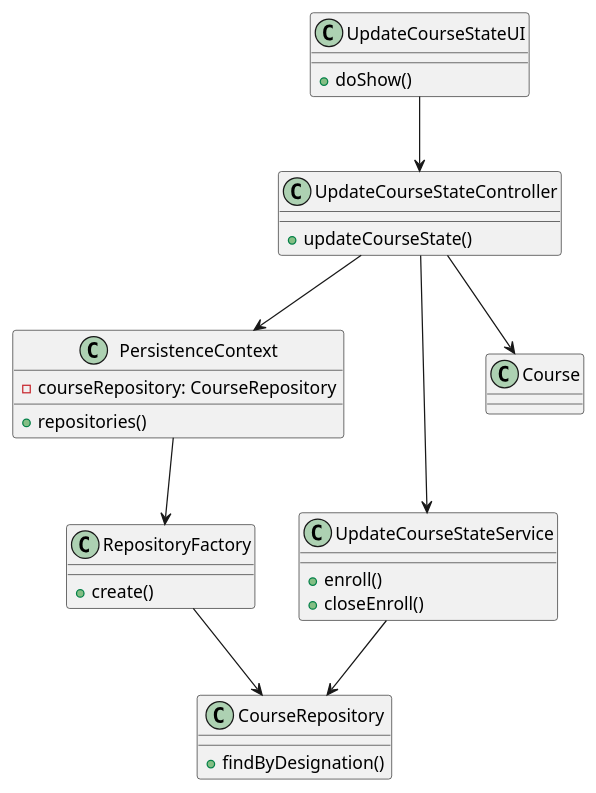
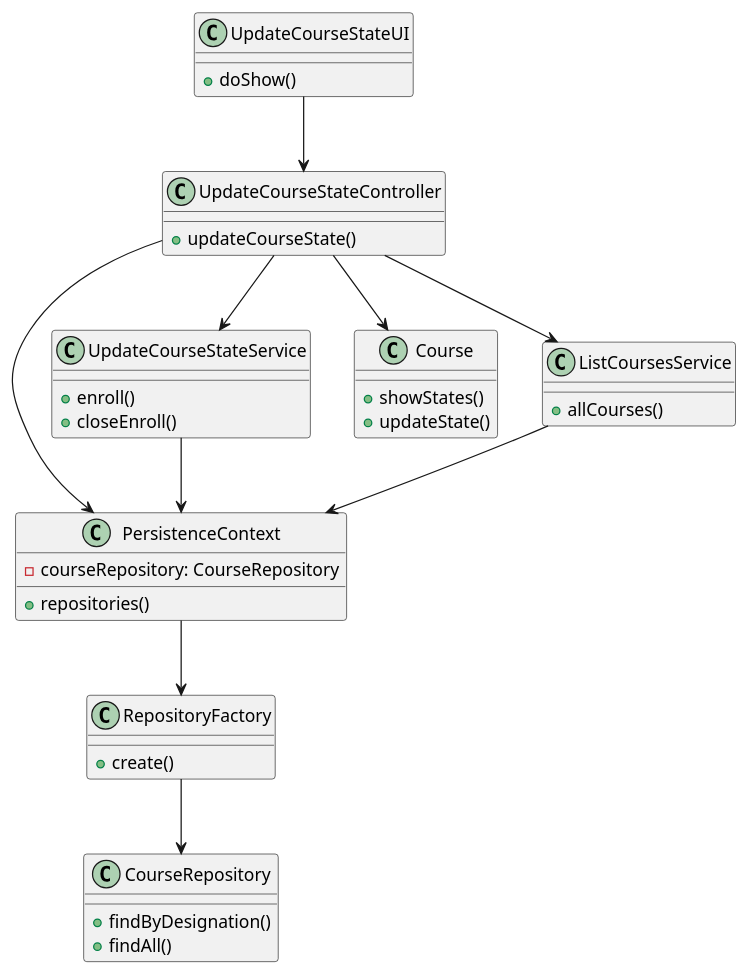
The diagram in docs/SPRINT B/US1003 - Open and close course Enrollment/US1003-CD.puml (mascenso/isep-sem4-lapr4), drawn with PlantUML before and after one commit. The commit also changed 8 other files, not shown here.

```diff
--- a/docs/SPRINT B/US1003 - Open and close course Enrollment/US1003-CD.puml
+++ b/docs/SPRINT B/US1003 - Open and close course Enrollment/US1003-CD.puml
@@ -1,41 +1,50 @@
 @startuml
 
 class UpdateCourseStateUI {
     +doShow()
 }
 
 class UpdateCourseStateController {
     +updateCourseState()
 }
 
 class CourseRepository {
     +findByDesignation()
+    +findAll()
 }
 
 class PersistenceContext {
     -courseRepository: CourseRepository
     +repositories()
 }
 
 
 class UpdateCourseStateService {
     +enroll()
     +closeEnroll()
 }
 
 class RepositoryFactory {
     +create()
 }
 
 class Course {
+    +showStates()
+    +updateState()
+}
+
+class ListCoursesService {
+    +allCourses()
 }
 
 UpdateCourseStateUI --> UpdateCourseStateController
 UpdateCourseStateController --> UpdateCourseStateService
 UpdateCourseStateController --> PersistenceContext
+UpdateCourseStateController --> ListCoursesService
 PersistenceContext --> RepositoryFactory
 RepositoryFactory --> CourseRepository
-UpdateCourseStateService --> CourseRepository
+ListCoursesService --> PersistenceContext
+UpdateCourseStateService --> PersistenceContext
 UpdateCourseStateController --> Course
 
 @enduml
```
